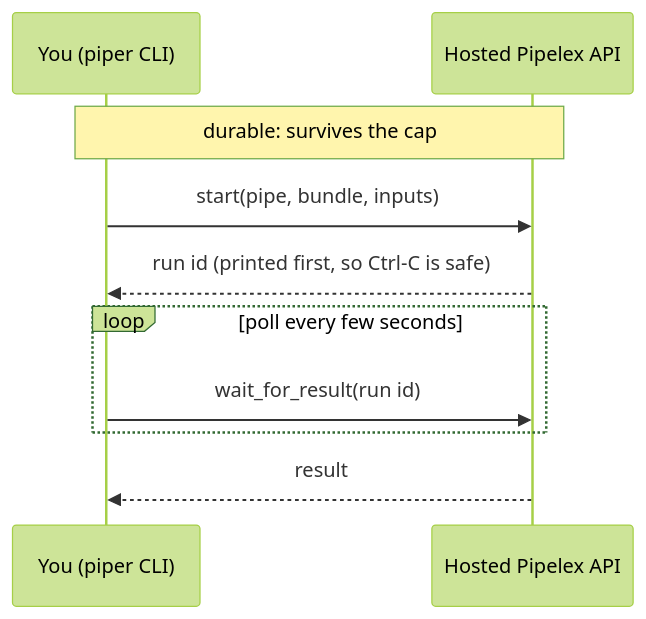
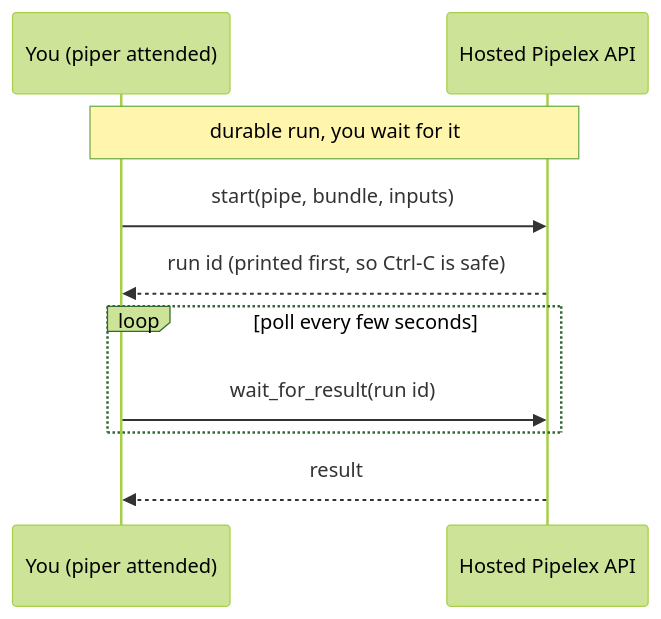
The fourth of 5 diagrams in README.md (Pipelex/pipelex-starter-python), drawn with Mermaid (forest theme) before and after one commit. The commit also changed other lines of this file and 27 other files, not shown here.

First line of the commit message:
feat: introduce detached CLI mode for durable runs

````diff
--- a/README.md
+++ b/README.md
@@ -192,12 +207,12 @@
 ```mermaid
 sequenceDiagram
-    participant U as You (piper CLI)
+    participant U as You (piper attended)
     participant API as Hosted Pipelex API
-    Note over U,API: durable: survives the cap
+    Note over U,API: durable run, you wait for it
     U->>API: start(pipe, bundle, inputs)
     API-->>U: run id (printed first, so Ctrl-C is safe)
     loop poll every few seconds
         U->>API: wait_for_result(run id)
     end
     API-->>U: result
 ```
````
